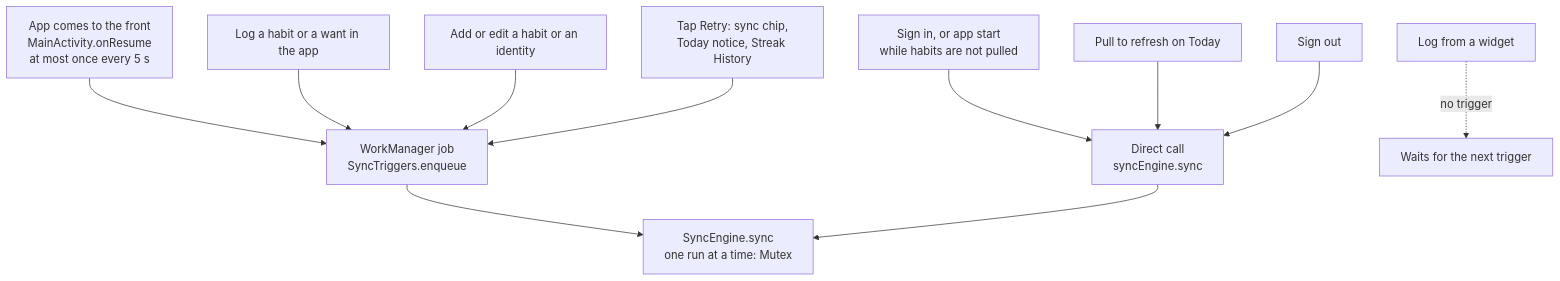
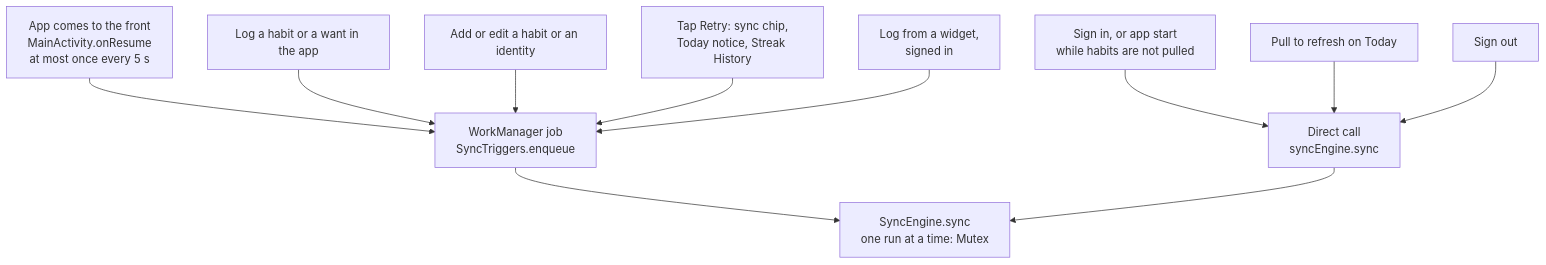
One commit to jokot/habit-tracker changed the second of 11 diagrams in docs/sync-flow.md. Above: the diagram before and after it, drawn with Mermaid. The commit also changed other lines of this file and 5 other files, not shown here.

First line of the commit message:
fix(sync): wait for the network, and sync after a widget log

````diff
--- a/docs/sync-flow.md
+++ b/docs/sync-flow.md
@@ -35,15 +35,15 @@
 ```mermaid
 flowchart TD
     FG["App comes to the front<br/>MainActivity.onResume<br/>at most once every 5 s"] --> WM
     LOG["Log a habit or a want in the app"] --> WM
     EDIT["Add or edit a habit or an identity"] --> WM
     RETRY["Tap Retry: sync chip,<br/>Today notice, Streak History"] --> WM
     SIGNIN["Sign in, or app start<br/>while habits are not pulled"] --> DIRECT
     PTR["Pull to refresh on Today"] --> DIRECT
     SIGNOUT["Sign out"] --> DIRECT
-    WIDGET["Log from a widget"] -. "no trigger" .-> NEXT["Waits for the next trigger"]
+    WIDGET["Log from a widget,<br/>signed in"] --> WM
 
     WM["WorkManager job<br/>SyncTriggers.enqueue"] --> ENG
     DIRECT["Direct call<br/>syncEngine.sync"] --> ENG
     ENG["SyncEngine.sync<br/>one run at a time: Mutex"]
 ```
````
